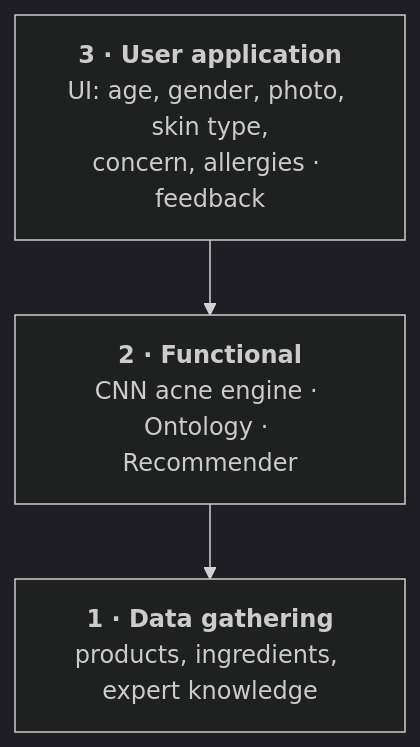
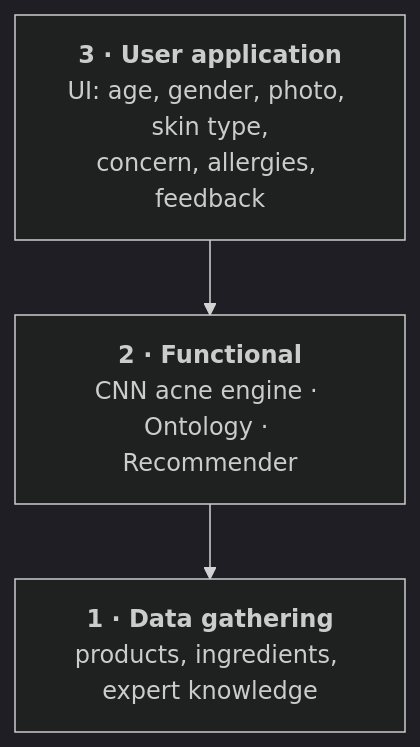
One commit to devexlynne/A-Multi-Source-Enriched-Skincare-Product-Dataset-for-Knowledge-Graph-Based-Recommendation changed the first of 8 diagrams in ONTOLOGY_REUSE.md. Above: the diagram before and after it, drawn with Mermaid (dark theme). The commit also changed other lines of this file and 5 other files, not shown here.

````diff
--- a/ONTOLOGY_REUSE.md
+++ b/ONTOLOGY_REUSE.md
@@ -26,7 +26,7 @@
 ```mermaid
 graph TB
-    L3["<b>3 · User application</b><br/>UI: age, gender, photo, skin type,<br/>concern, allergies · feedback"]
+    L3["<b>3 · User application</b><br/>UI: age, gender, photo, skin type,<br/>concern, allergies, feedback"]
     L2["<b>2 · Functional</b><br/>CNN acne engine · Ontology · Recommender"]
     L1["<b>1 · Data gathering</b><br/>products, ingredients, expert knowledge"]
     L3 --> L2 --> L1
 ```
````
